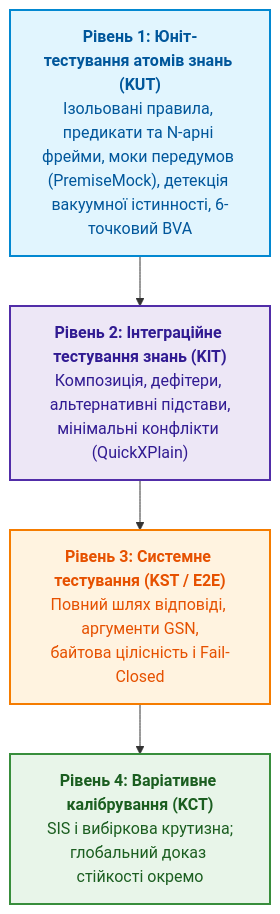
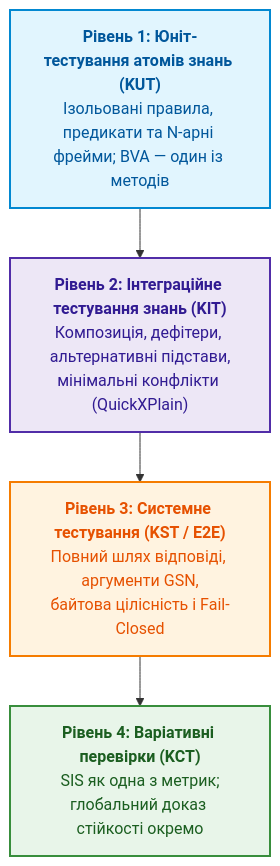
The second of 9 diagrams in ExpertSystem/ch36-knowledge-testing-pyramid-and-variational-calibration.md (nick-fedchik/articles), drawn with Mermaid before and after one commit. The commit also changed other lines of this file and 43 other files, not shown here.

````diff
--- a/ExpertSystem/ch36-knowledge-testing-pyramid-and-variational-calibration.md
+++ b/ExpertSystem/ch36-knowledge-testing-pyramid-and-variational-calibration.md
@@ -101,22 +101,22 @@
 ```mermaid
 flowchart TD
-    accTitle: Чотирирівнева піраміда тестування знань (Knowledge Testing Pyramid)
-    accDescr: Архітектурні рівні верифікації від ізольованих атомів до комплексного варіативного калібрування.
+    accTitle: Чотири рівні тест-плану Knowledge Testing Pyramid
+    accDescr: Організаційні рівні перевірки від окремого правила до варіативних запитів; методи й метрики є інструментами відповідних рівнів.
 
-	L4["<b>Рівень 4: Варіативне калібрування (KCT)</b><br/>SIS і вибіркова крутизна;<br/>глобальний доказ стійкості окремо"]
+	L4["<b>Рівень 4: Варіативні перевірки (KCT)</b><br/>SIS як одна з метрик;<br/>глобальний доказ стійкості окремо"]
 	L3["<b>Рівень 3: Системне тестування (KST / E2E)</b><br/>Повний шлях відповіді, аргументи GSN,<br/>байтова цілісність і Fail-Closed"]
 	L2["<b>Рівень 2: Інтеграційне тестування знань (KIT)</b><br/>Композиція, дефітери, альтернативні підстави,<br/>мінімальні конфлікти (QuickXPlain)"]
-    L1["<b>Рівень 1: Юніт-тестування атомів знань (KUT)</b><br/>Ізольовані правила, предикати та N-арні фрейми, моки передумов (PremiseMock), детекція вакуумної істинності, 6-точковий BVA"]
+    L1["<b>Рівень 1: Юніт-тестування атомів знань (KUT)</b><br/>Ізольовані правила, предикати та N-арні фрейми; BVA — один із методів"]
 
     L1 --> L2 --> L3 --> L4
 
     classDef l1 fill:#e1f5fe,stroke:#0288d1,stroke-width:2px,color:#01579b;
     classDef l2 fill:#ede7f6,stroke:#512da8,stroke-width:2px,color:#311b92;
     classDef l3 fill:#fff3e0,stroke:#f57c00,stroke-width:2px,color:#e65100;
     classDef l4 fill:#e8f5e9,stroke:#388e3c,stroke-width:2px,color:#1b5e20;
 
     class L1 l1;
     class L2 l2;
     class L3 l3;
     class L4 l4;
 ```
````
